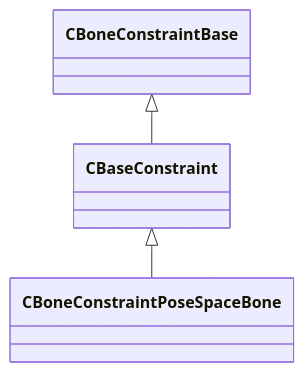
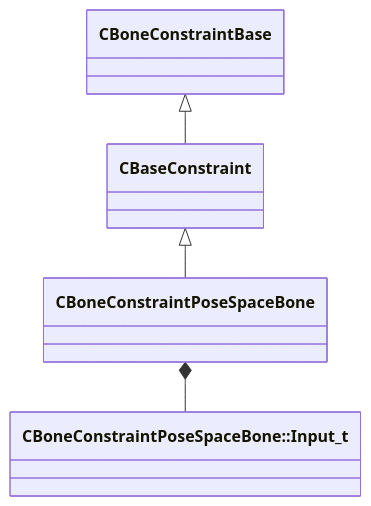
The diagram in docs/generated/schemas/modellib/CBoneConstraintPoseSpaceBone.md (CS2OpenDev/CS2OpenDev-Docs), drawn with Mermaid before and after one commit. The commit also changed other lines of this file and 4525 other files, not shown here.

````diff
--- a/docs/generated/schemas/modellib/CBoneConstraintPoseSpaceBone.md
+++ b/docs/generated/schemas/modellib/CBoneConstraintPoseSpaceBone.md
@@ -17,5 +19,6 @@
 ```mermaid
 classDiagram
     CBaseConstraint <|-- CBoneConstraintPoseSpaceBone
     CBoneConstraintBase <|-- CBaseConstraint
+    CBoneConstraintPoseSpaceBone *-- `CBoneConstraintPoseSpaceBone::Input_t`
 ```
````
